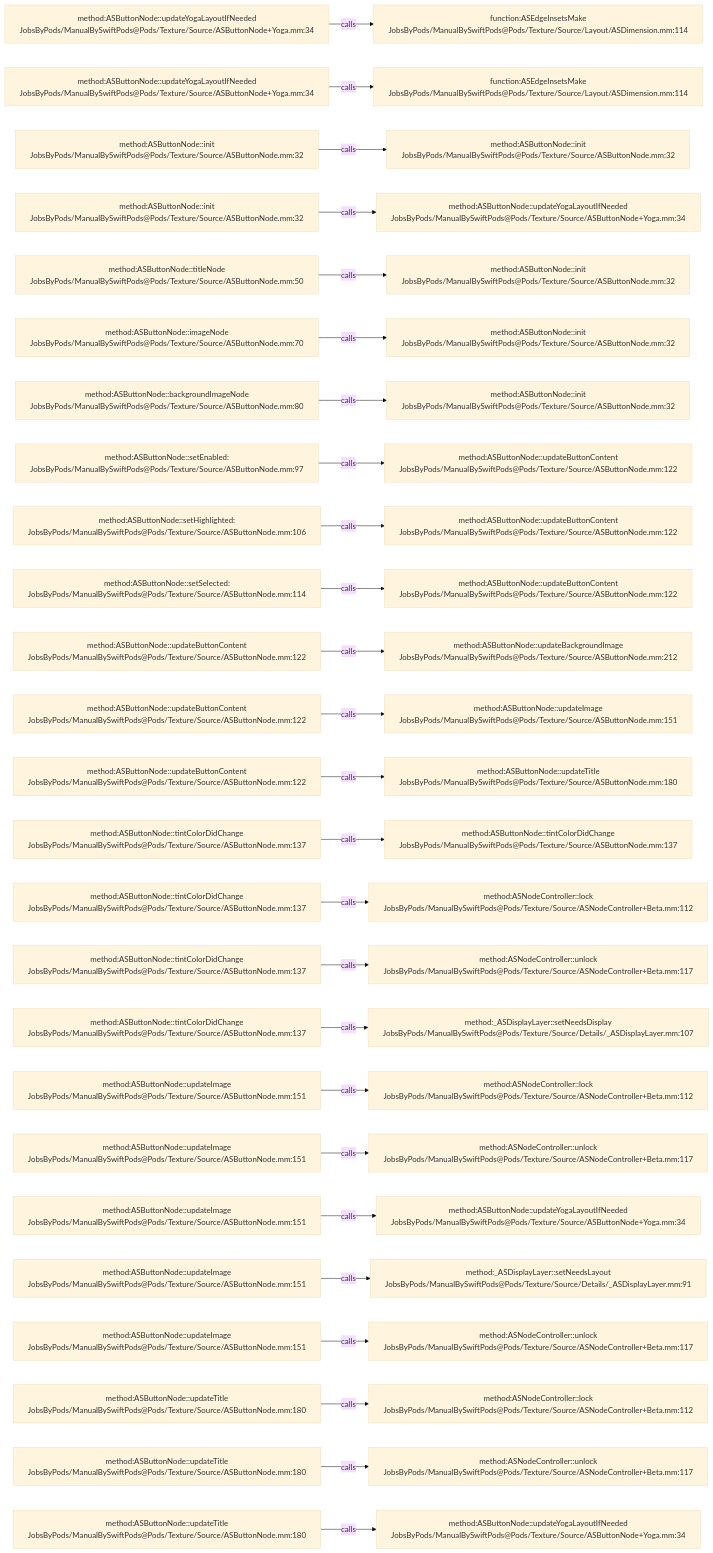
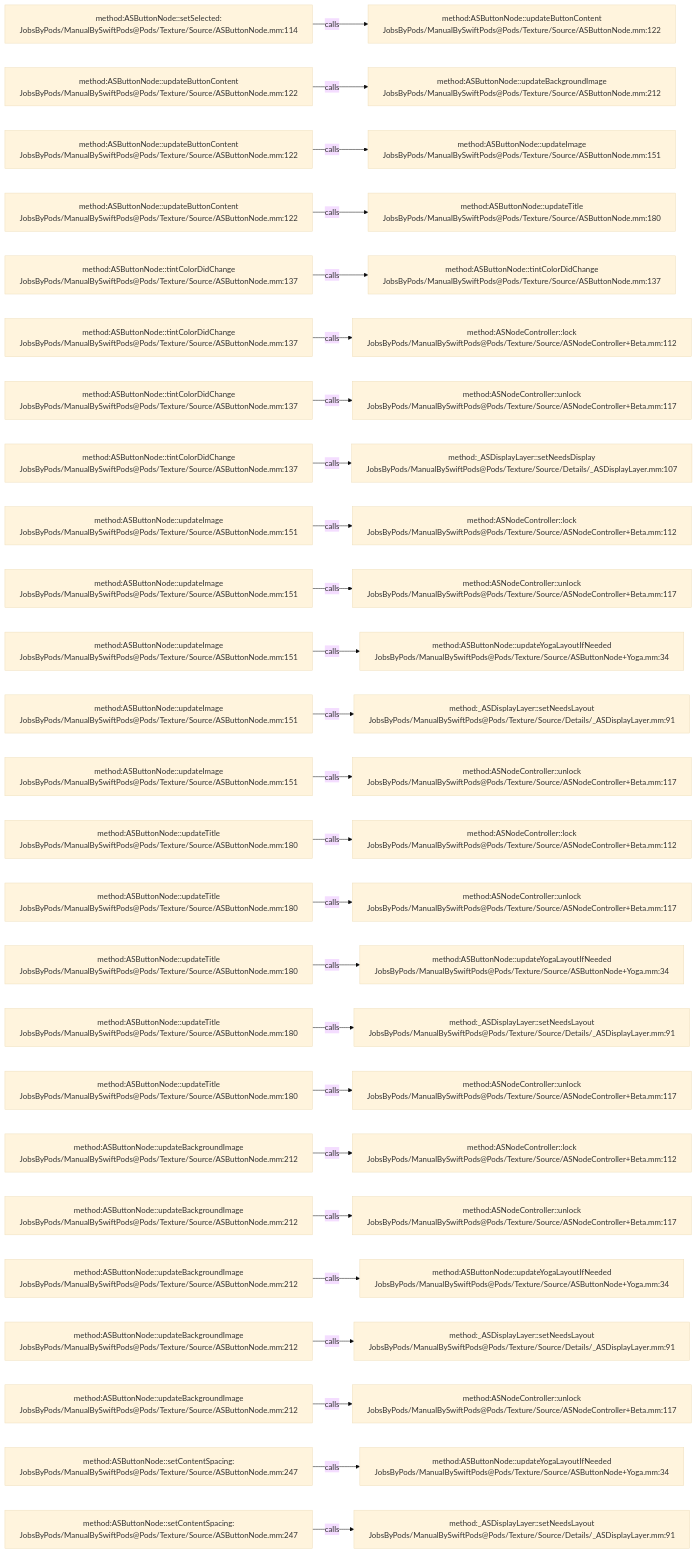
The diagram in .codegraph/codegraph.md/graphs/calls-003.md (JobsKits/JobsSwiftBaseConfigDemo), drawn with Mermaid (base theme) before and after one commit. The commit also changed 707 other files, not shown here.

````diff
--- a/.codegraph/codegraph.md/graphs/calls-003.md
+++ b/.codegraph/codegraph.md/graphs/calls-003.md
@@ -13,78 +13,78 @@
 ```mermaid
 flowchart LR
-  S1["method:ASButtonNode::updateYogaLayoutIfNeeded<br/>JobsByPods/ManualBySwiftPods@Pods/Texture/Source/ASButtonNode+Yoga.mm:34"]
-  T1["function:ASEdgeInsetsMake<br/>JobsByPods/ManualBySwiftPods@Pods/Texture/Source/Layout/ASDimension.mm:114"]
+  S1["method:ASButtonNode::setSelected:<br/>JobsByPods/ManualBySwiftPods@Pods/Texture/Source/ASButtonNode.mm:114"]
+  T1["method:ASButtonNode::updateButtonContent<br/>JobsByPods/ManualBySwiftPods@Pods/Texture/Source/ASButtonNode.mm:122"]
   S1 -->|calls| T1
-  S2["method:ASButtonNode::updateYogaLayoutIfNeeded<br/>JobsByPods/ManualBySwiftPods@Pods/Texture/Source/ASButtonNode+Yoga.mm:34"]
-  T2["function:ASEdgeInsetsMake<br/>JobsByPods/ManualBySwiftPods@Pods/Texture/Source/Layout/ASDimension.mm:114"]
+  S2["method:ASButtonNode::updateButtonContent<br/>JobsByPods/ManualBySwiftPods@Pods/Texture/Source/ASButtonNode.mm:122"]
+  T2["method:ASButtonNode::updateBackgroundImage<br/>JobsByPods/ManualBySwiftPods@Pods/Texture/Source/ASButtonNode.mm:212"]
   S2 -->|calls| T2
-  S3["method:ASButtonNode::init<br/>JobsByPods/ManualBySwiftPods@Pods/Texture/Source/ASButtonNode.mm:32"]
-  T3["method:ASButtonNode::init<br/>JobsByPods/ManualBySwiftPods@Pods/Texture/Source/ASButtonNode.mm:32"]
+  S3["method:ASButtonNode::updateButtonContent<br/>JobsByPods/ManualBySwiftPods@Pods/Texture/Source/ASButtonNode.mm:122"]
+  T3["method:ASButtonNode::updateImage<br/>JobsByPods/ManualBySwiftPods@Pods/Texture/Source/ASButtonNode.mm:151"]
   S3 -->|calls| T3
-  S4["method:ASButtonNode::init<br/>JobsByPods/ManualBySwiftPods@Pods/Texture/Source/ASButtonNode.mm:32"]
-  T4["method:ASButtonNode::updateYogaLayoutIfNeeded<br/>JobsByPods/ManualBySwiftPods@Pods/Texture/Source/ASButtonNode+Yoga.mm:34"]
+  S4["method:ASButtonNode::updateButtonContent<br/>JobsByPods/ManualBySwiftPods@Pods/Texture/Source/ASButtonNode.mm:122"]
+  T4["method:ASButtonNode::updateTitle<br/>JobsByPods/ManualBySwiftPods@Pods/Texture/Source/ASButtonNode.mm:180"]
   S4 -->|calls| T4
-  S5["method:ASButtonNode::titleNode<br/>JobsByPods/ManualBySwiftPods@Pods/Texture/Source/ASButtonNode.mm:50"]
-  T5["method:ASButtonNode::init<br/>JobsByPods/ManualBySwiftPods@Pods/Texture/Source/ASButtonNode.mm:32"]
+  S5["method:ASButtonNode::tintColorDidChange<br/>JobsByPods/ManualBySwiftPods@Pods/Texture/Source/ASButtonNode.mm:137"]
+  T5["method:ASButtonNode::tintColorDidChange<br/>JobsByPods/ManualBySwiftPods@Pods/Texture/Source/ASButtonNode.mm:137"]
   S5 -->|calls| T5
-  S6["method:ASButtonNode::imageNode<br/>JobsByPods/ManualBySwiftPods@Pods/Texture/Source/ASButtonNode.mm:70"]
-  T6["method:ASButtonNode::init<br/>JobsByPods/ManualBySwiftPods@Pods/Texture/Source/ASButtonNode.mm:32"]
+  S6["method:ASButtonNode::tintColorDidChange<br/>JobsByPods/ManualBySwiftPods@Pods/Texture/Source/ASButtonNode.mm:137"]
+  T6["method:ASNodeController::lock<br/>JobsByPods/ManualBySwiftPods@Pods/Texture/Source/ASNodeController+Beta.mm:112"]
   S6 -->|calls| T6
-  S7["method:ASButtonNode::backgroundImageNode<br/>JobsByPods/ManualBySwiftPods@Pods/Texture/Source/ASButtonNode.mm:80"]
-  T7["method:ASButtonNode::init<br/>JobsByPods/ManualBySwiftPods@Pods/Texture/Source/ASButtonNode.mm:32"]
+  S7["method:ASButtonNode::tintColorDidChange<br/>JobsByPods/ManualBySwiftPods@Pods/Texture/Source/ASButtonNode.mm:137"]
+  T7["method:ASNodeController::unlock<br/>JobsByPods/ManualBySwiftPods@Pods/Texture/Source/ASNodeController+Beta.mm:117"]
   S7 -->|calls| T7
-  S8["method:ASButtonNode::setEnabled:<br/>JobsByPods/ManualBySwiftPods@Pods/Texture/Source/ASButtonNode.mm:97"]
-  T8["method:ASButtonNode::updateButtonContent<br/>JobsByPods/ManualBySwiftPods@Pods/Texture/Source/ASButtonNode.mm:122"]
+  S8["method:ASButtonNode::tintColorDidChange<br/>JobsByPods/ManualBySwiftPods@Pods/Texture/Source/ASButtonNode.mm:137"]
+  T8["method:_ASDisplayLayer::setNeedsDisplay<br/>JobsByPods/ManualBySwiftPods@Pods/Texture/Source/Details/_ASDisplayLayer.mm:107"]
   S8 -->|calls| T8
-  S9["method:ASButtonNode::setHighlighted:<br/>JobsByPods/ManualBySwiftPods@Pods/Texture/Source/ASButtonNode.mm:106"]
-  T9["method:ASButtonNode::updateButtonContent<br/>JobsByPods/ManualBySwiftPods@Pods/Texture/Source/ASButtonNode.mm:122"]
+  S9["method:ASButtonNode::updateImage<br/>JobsByPods/ManualBySwiftPods@Pods/Texture/Source/ASButtonNode.mm:151"]
+  T9["method:ASNodeController::lock<br/>JobsByPods/ManualBySwiftPods@Pods/Texture/Source/ASNodeController+Beta.mm:112"]
   S9 -->|calls| T9
-  S10["method:ASButtonNode::setSelected:<br/>JobsByPods/ManualBySwiftPods@Pods/Texture/Source/ASButtonNode.mm:114"]
-  T10["method:ASButtonNode::updateButtonContent<br/>JobsByPods/ManualBySwiftPods@Pods/Texture/Source/ASButtonNode.mm:122"]
+  S10["method:ASButtonNode::updateImage<br/>JobsByPods/ManualBySwiftPods@Pods/Texture/Source/ASButtonNode.mm:151"]
+  T10["method:ASNodeController::unlock<br/>JobsByPods/ManualBySwiftPods@Pods/Texture/Source/ASNodeController+Beta.mm:117"]
   S10 -->|calls| T10
-  S11["method:ASButtonNode::updateButtonContent<br/>JobsByPods/ManualBySwiftPods@Pods/Texture/Source/ASButtonNode.mm:122"]
-  T11["method:ASButtonNode::updateBackgroundImage<br/>JobsByPods/ManualBySwiftPods@Pods/Texture/Source/ASButtonNode.mm:212"]
+  S11["method:ASButtonNode::updateImage<br/>JobsByPods/ManualBySwiftPods@Pods/Texture/Source/ASButtonNode.mm:151"]
+  T11["method:ASButtonNode::updateYogaLayoutIfNeeded<br/>JobsByPods/ManualBySwiftPods@Pods/Texture/Source/ASButtonNode+Yoga.mm:34"]
   S11 -->|calls| T11
-  S12["method:ASButtonNode::updateButtonContent<br/>JobsByPods/ManualBySwiftPods@Pods/Texture/Source/ASButtonNode.mm:122"]
-  T12["method:ASButtonNode::updateImage<br/>JobsByPods/ManualBySwiftPods@Pods/Texture/Source/ASButtonNode.mm:151"]
+  S12["method:ASButtonNode::updateImage<br/>JobsByPods/ManualBySwiftPods@Pods/Texture/Source/ASButtonNode.mm:151"]
+  T12["method:_ASDisplayLayer::setNeedsLayout<br/>JobsByPods/ManualBySwiftPods@Pods/Texture/Source/Details/_ASDisplayLayer.mm:91"]
   S12 -->|calls| T12
-  S13["method:ASButtonNode::updateButtonContent<br/>JobsByPods/ManualBySwiftPods@Pods/Texture/Source/ASButtonNode.mm:122"]
-  T13["method:ASButtonNode::updateTitle<br/>JobsByPods/ManualBySwiftPods@Pods/Texture/Source/ASButtonNode.mm:180"]
+  S13["method:ASButtonNode::updateImage<br/>JobsByPods/ManualBySwiftPods@Pods/Texture/Source/ASButtonNode.mm:151"]
+  T13["method:ASNodeController::unlock<br/>JobsByPods/ManualBySwiftPods@Pods/Texture/Source/ASNodeController+Beta.mm:117"]
   S13 -->|calls| T13
-  S14["method:ASButtonNode::tintColorDidChange<br/>JobsByPods/ManualBySwiftPods@Pods/Texture/Source/ASButtonNode.mm:137"]
-  T14["method:ASButtonNode::tintColorDidChange<br/>JobsByPods/ManualBySwiftPods@Pods/Texture/Source/ASButtonNode.mm:137"]
+  S14["method:ASButtonNode::updateTitle<br/>JobsByPods/ManualBySwiftPods@Pods/Texture/Source/ASButtonNode.mm:180"]
+  T14["method:ASNodeController::lock<br/>JobsByPods/ManualBySwiftPods@Pods/Texture/Source/ASNodeController+Beta.mm:112"]
   S14 -->|calls| T14
-  S15["method:ASButtonNode::tintColorDidChange<br/>JobsByPods/ManualBySwiftPods@Pods/Texture/Source/ASButtonNode.mm:137"]
-  T15["method:ASNodeController::lock<br/>JobsByPods/ManualBySwiftPods@Pods/Texture/Source/ASNodeController+Beta.mm:112"]
+  S15["method:ASButtonNode::updateTitle<br/>JobsByPods/ManualBySwiftPods@Pods/Texture/Source/ASButtonNode.mm:180"]
+  T15["method:ASNodeController::unlock<br/>JobsByPods/ManualBySwiftPods@Pods/Texture/Source/ASNodeController+Beta.mm:117"]
   S15 -->|calls| T15
-  S16["method:ASButtonNode::tintColorDidChange<br/>JobsByPods/ManualBySwiftPods@Pods/Texture/Source/ASButtonNode.mm:137"]
-  T16["method:ASNodeController::unlock<br/>JobsByPods/ManualBySwiftPods@Pods/Texture/Source/ASNodeController+Beta.mm:117"]
+  S16["method:ASButtonNode::updateTitle<br/>JobsByPods/ManualBySwiftPods@Pods/Texture/Source/ASButtonNode.mm:180"]
+  T16["method:ASButtonNode::updateYogaLayoutIfNeeded<br/>JobsByPods/ManualBySwiftPods@Pods/Texture/Source/ASButtonNode+Yoga.mm:34"]
   S16 -->|calls| T16
-  S17["method:ASButtonNode::tintColorDidChange<br/>JobsByPods/ManualBySwiftPods@Pods/Texture/Source/ASButtonNode.mm:137"]
-  T17["method:_ASDisplayLayer::setNeedsDisplay<br/>JobsByPods/ManualBySwiftPods@Pods/Texture/Source/Details/_ASDisplayLayer.mm:107"]
+  S17["method:ASButtonNode::updateTitle<br/>JobsByPods/ManualBySwiftPods@Pods/Texture/Source/ASButtonNode.mm:180"]
+  T17["method:_ASDisplayLayer::setNeedsLayout<br/>JobsByPods/ManualBySwiftPods@Pods/Texture/Source/Details/_ASDisplayLayer.mm:91"]
   S17 -->|calls| T17
-  S18["method:ASButtonNode::updateImage<br/>JobsByPods/ManualBySwiftPods@Pods/Texture/Source/ASButtonNode.mm:151"]
-  T18["method:ASNodeController::lock<br/>JobsByPods/ManualBySwiftPods@Pods/Texture/Source/ASNodeController+Beta.mm:112"]
+  S18["method:ASButtonNode::updateTitle<br/>JobsByPods/ManualBySwiftPods@Pods/Texture/Source/ASButtonNode.mm:180"]
+  T18["method:ASNodeController::unlock<br/>JobsByPods/ManualBySwiftPods@Pods/Texture/Source/ASNodeController+Beta.mm:117"]
   S18 -->|calls| T18
-  S19["method:ASButtonNode::updateImage<br/>JobsByPods/ManualBySwiftPods@Pods/Texture/Source/ASButtonNode.mm:151"]
-  T19["method:ASNodeController::unlock<br/>JobsByPods/ManualBySwiftPods@Pods/Texture/Source/ASNodeController+Beta.mm:117"]
+  S19["method:ASButtonNode::updateBackgroundImage<br/>JobsByPods/ManualBySwiftPods@Pods/Texture/Source/ASButtonNode.mm:212"]
+  T19["method:ASNodeController::lock<br/>JobsByPods/ManualBySwiftPods@Pods/Texture/Source/ASNodeController+Beta.mm:112"]
   S19 -->|calls| T19
-  S20["method:ASButtonNode::updateImage<br/>JobsByPods/ManualBySwiftPods@Pods/Texture/Source/ASButtonNode.mm:151"]
-  T20["method:ASButtonNode::updateYogaLayoutIfNeeded<br/>JobsByPods/ManualBySwiftPods@Pods/Texture/Source/ASButtonNode+Yoga.mm:34"]
+  S20["method:ASButtonNode::updateBackgroundImage<br/>JobsByPods/ManualBySwiftPods@Pods/Texture/Source/ASButtonNode.mm:212"]
+  T20["method:ASNodeController::unlock<br/>JobsByPods/ManualBySwiftPods@Pods/Texture/Source/ASNodeController+Beta.mm:117"]
   S20 -->|calls| T20
-  S21["method:ASButtonNode::updateImage<br/>JobsByPods/ManualBySwiftPods@Pods/Texture/Source/ASButtonNode.mm:151"]
-  T21["method:_ASDisplayLayer::setNeedsLayout<br/>JobsByPods/ManualBySwiftPods@Pods/Texture/Source/Details/_ASDisplayLayer.mm:91"]
+  S21["method:ASButtonNode::updateBackgroundImage<br/>JobsByPods/ManualBySwiftPods@Pods/Texture/Source/ASButtonNode.mm:212"]
+  T21["method:ASButtonNode::updateYogaLayoutIfNeeded<br/>JobsByPods/ManualBySwiftPods@Pods/Texture/Source/ASButtonNode+Yoga.mm:34"]
   S21 -->|calls| T21
-  S22["method:ASButtonNode::updateImage<br/>JobsByPods/ManualBySwiftPods@Pods/Texture/Source/ASButtonNode.mm:151"]
-  T22["method:ASNodeController::unlock<br/>JobsByPods/ManualBySwiftPods@Pods/Texture/Source/ASNodeController+Beta.mm:117"]
+  S22["method:ASButtonNode::updateBackgroundImage<br/>JobsByPods/ManualBySwiftPods@Pods/Texture/Source/ASButtonNode.mm:212"]
+  T22["method:_ASDisplayLayer::setNeedsLayout<br/>JobsByPods/ManualBySwiftPods@Pods/Texture/Source/Details/_ASDisplayLayer.mm:91"]
   S22 -->|calls| T22
-  S23["method:ASButtonNode::updateTitle<br/>JobsByPods/ManualBySwiftPods@Pods/Texture/Source/ASButtonNode.mm:180"]
-  T23["method:ASNodeController::lock<br/>JobsByPods/ManualBySwiftPods@Pods/Texture/Source/ASNodeController+Beta.mm:112"]
+  S23["method:ASButtonNode::updateBackgroundImage<br/>JobsByPods/ManualBySwiftPods@Pods/Texture/Source/ASButtonNode.mm:212"]
+  T23["method:ASNodeController::unlock<br/>JobsByPods/ManualBySwiftPods@Pods/Texture/Source/ASNodeController+Beta.mm:117"]
   S23 -->|calls| T23
-  S24["method:ASButtonNode::updateTitle<br/>JobsByPods/ManualBySwiftPods@Pods/Texture/Source/ASButtonNode.mm:180"]
-  T24["method:ASNodeController::unlock<br/>JobsByPods/ManualBySwiftPods@Pods/Texture/Source/ASNodeController+Beta.mm:117"]
+  S24["method:ASButtonNode::setContentSpacing:<br/>JobsByPods/ManualBySwiftPods@Pods/Texture/Source/ASButtonNode.mm:247"]
+  T24["method:ASButtonNode::updateYogaLayoutIfNeeded<br/>JobsByPods/ManualBySwiftPods@Pods/Texture/Source/ASButtonNode+Yoga.mm:34"]
   S24 -->|calls| T24
-  S25["method:ASButtonNode::updateTitle<br/>JobsByPods/ManualBySwiftPods@Pods/Texture/Source/ASButtonNode.mm:180"]
-  T25["method:ASButtonNode::updateYogaLayoutIfNeeded<br/>JobsByPods/ManualBySwiftPods@Pods/Texture/Source/ASButtonNode+Yoga.mm:34"]
+  S25["method:ASButtonNode::setContentSpacing:<br/>JobsByPods/ManualBySwiftPods@Pods/Texture/Source/ASButtonNode.mm:247"]
+  T25["method:_ASDisplayLayer::setNeedsLayout<br/>JobsByPods/ManualBySwiftPods@Pods/Texture/Source/Details/_ASDisplayLayer.mm:91"]
   S25 -->|calls| T25
 ```
````
